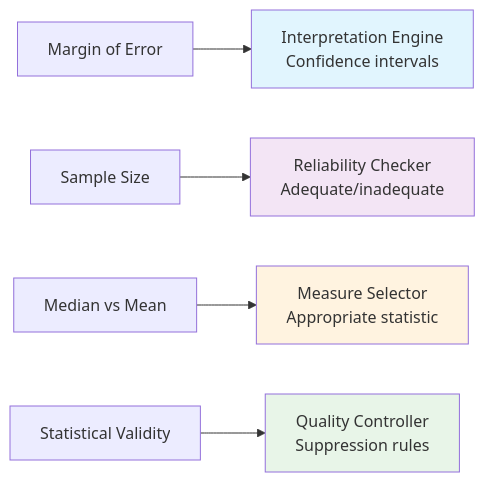
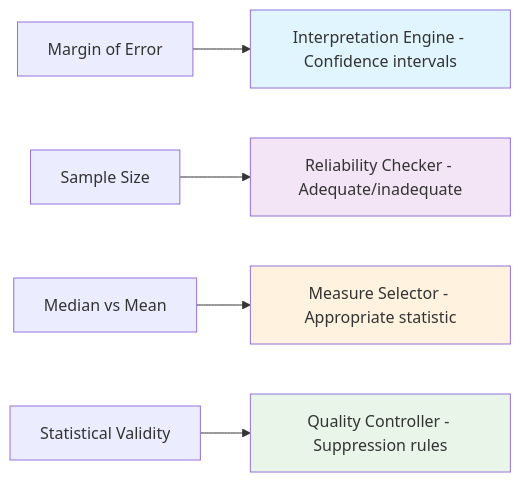
The fifth of 8 diagrams in enhanced_phase3_architecture.md (saikrmet/open-census-mcp-server), drawn with Mermaid before and after one commit. The commit also changed other lines of this file, not shown here.

````diff
--- a/enhanced_phase3_architecture.md
+++ b/enhanced_phase3_architecture.md
@@ -381,12 +441,12 @@
 ```mermaid
 graph LR
-    S1[Margin of Error] --> ST1[Interpretation Engine<br/>Confidence intervals]
-    S2[Sample Size] --> ST2[Reliability Checker<br/>Adequate/inadequate]
-    S3[Median vs Mean] --> ST3[Measure Selector<br/>Appropriate statistic]
-    S4[Statistical Validity] --> ST4[Quality Controller<br/>Suppression rules]
+    S1[Margin of Error] --> ST1[Interpretation Engine - Confidence intervals]
+    S2[Sample Size] --> ST2[Reliability Checker - Adequate/inadequate]
+    S3[Median vs Mean] --> ST3[Measure Selector - Appropriate statistic]
+    S4[Statistical Validity] --> ST4[Quality Controller - Suppression rules]
     
     style ST1 fill:#e1f5fe
     style ST2 fill:#f3e5f5
     style ST3 fill:#fff3e0
     style ST4 fill:#e8f5e8
 ```
````
